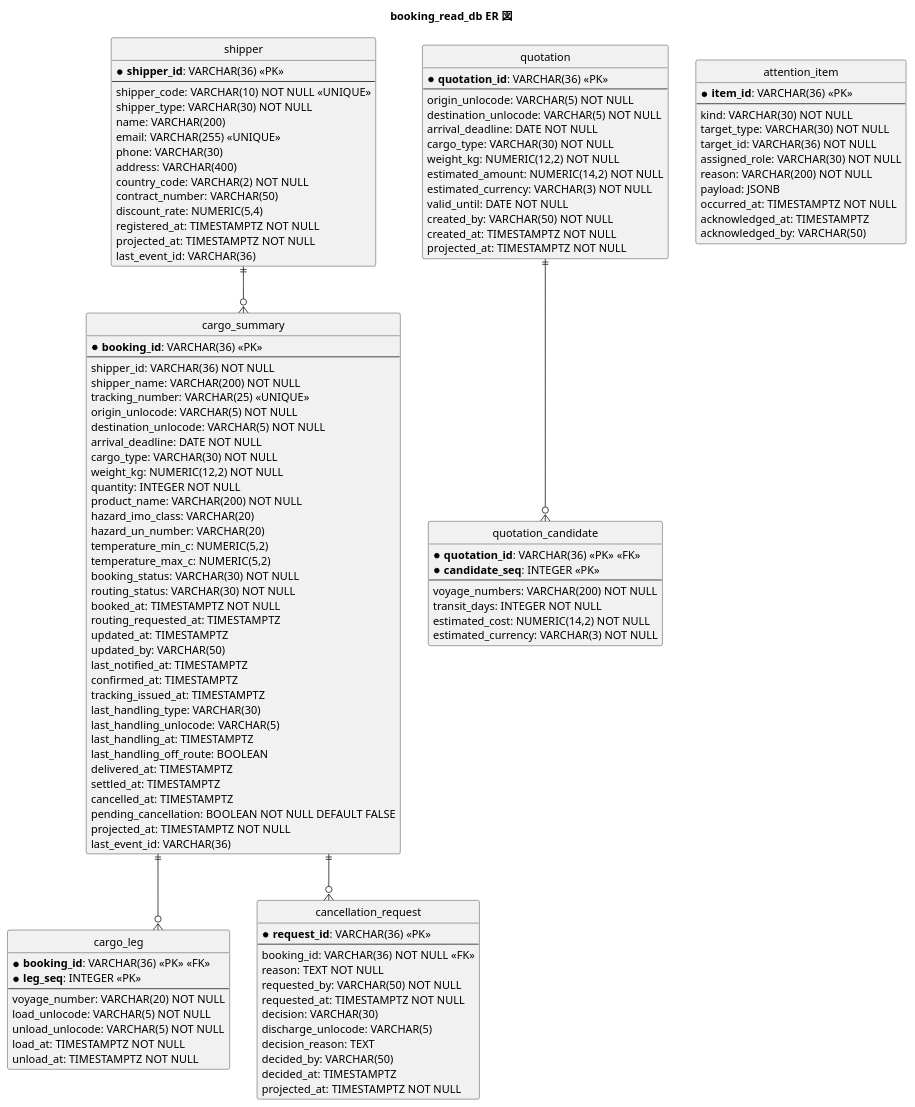
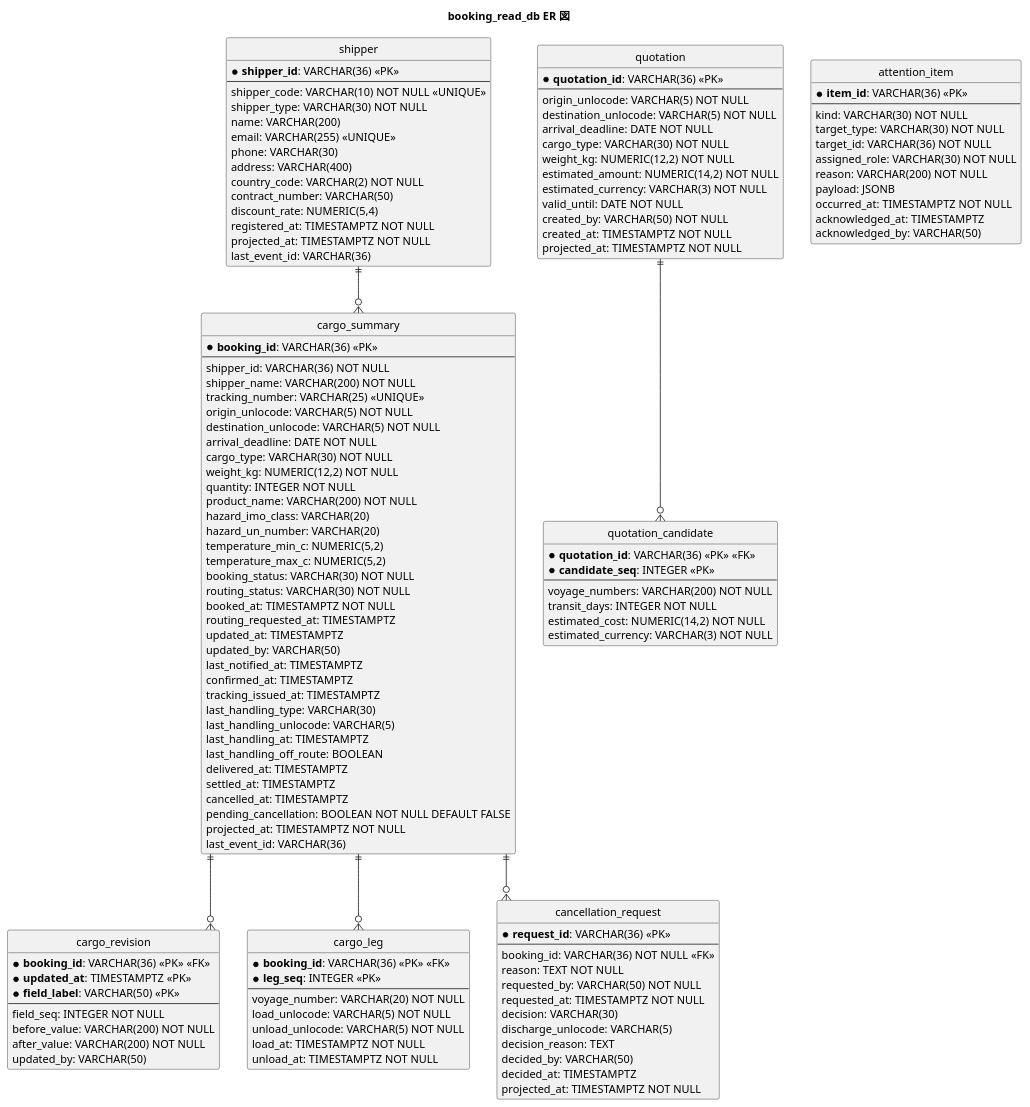
The fourth of 10 diagrams in docs/design/cargo-tracker/data-model.md (k2works/case-study-cargo-tracker), drawn with PlantUML before and after one commit. The commit also changed other lines of this file and 17 other files, not shown here.

```diff
--- a/docs/design/cargo-tracker/data-model.md
+++ b/docs/design/cargo-tracker/data-model.md
@@ -302,6 +302,17 @@
   pending_cancellation: BOOLEAN NOT NULL DEFAULT FALSE
   projected_at: TIMESTAMPTZ NOT NULL
   last_event_id: VARCHAR(36)
+}
+
+entity "cargo_revision" as rev {
+  * **booking_id**: VARCHAR(36) <<PK>> <<FK>>
+  * **updated_at**: TIMESTAMPTZ <<PK>>
+  * **field_label**: VARCHAR(50) <<PK>>
+  --
+  field_seq: INTEGER NOT NULL
+  before_value: VARCHAR(200) NOT NULL
+  after_value: VARCHAR(200) NOT NULL
+  updated_by: VARCHAR(50)
 }
 
 entity "cargo_leg" as leg {
@@ -371,6 +382,7 @@
 }
 
 shipper ||--o{ cargo
+cargo ||--o{ rev
 cargo ||--o{ leg
 cargo ||--o{ cr
 q ||--o{ qc
```
